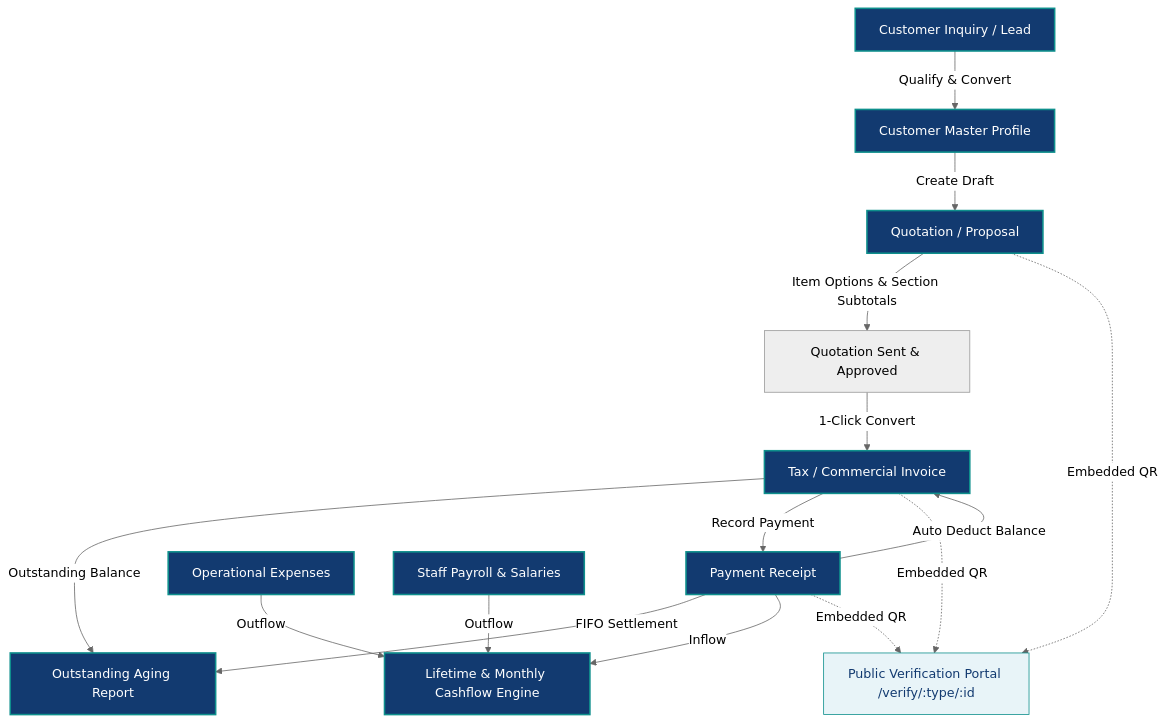
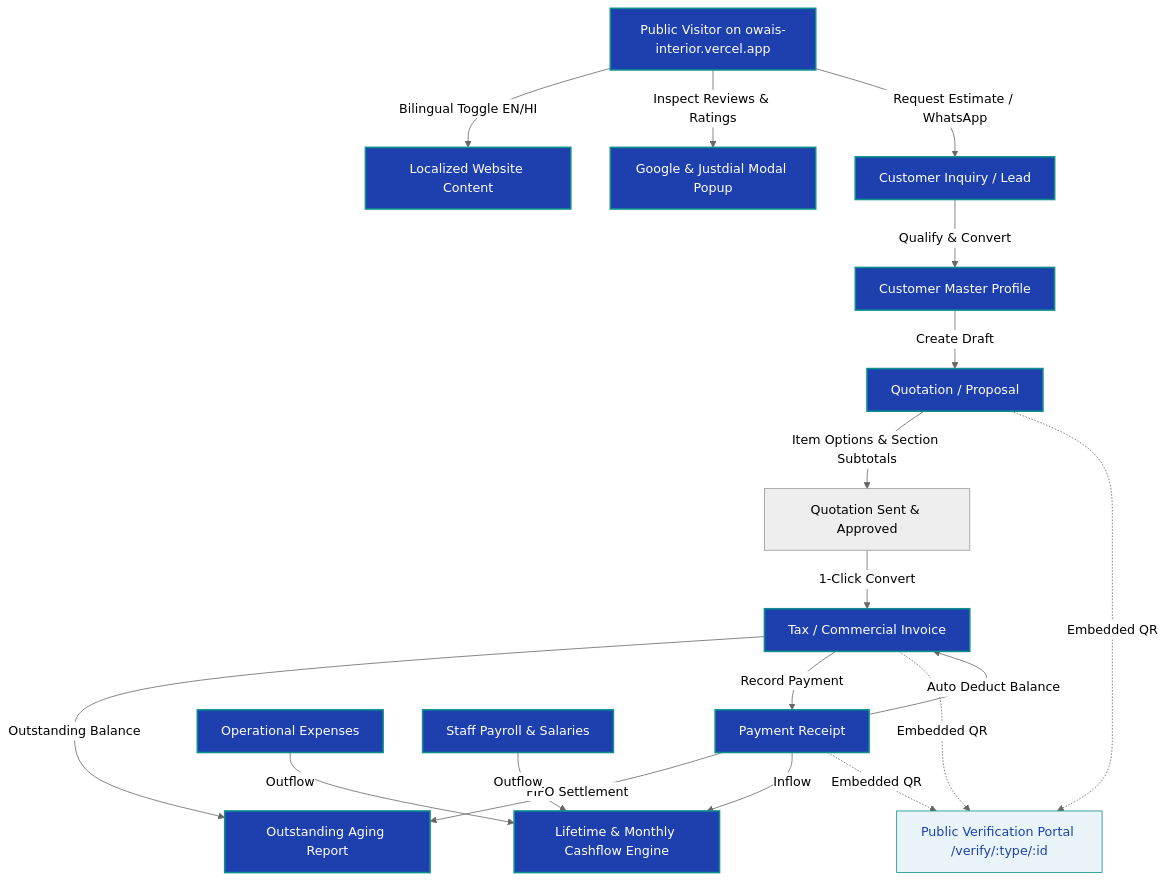
One commit to aiuseonly214-droid/Owaisdesignernashik changed the second of 3 diagrams in README.md. Above: the diagram before and after it, drawn with Mermaid (neutral theme). The commit also changed other lines of this file and 1 other file, not shown here.

Commit message:
docs: update README.md and prd.md with bilingual toggle, responsive layout, and customer rating modal specs

````diff
--- a/README.md
+++ b/README.md
@@ -71,33 +95,38 @@
 ```mermaid
 flowchart TD
-    %% Lead Generation
-    INQ[Customer Inquiry / Lead] -->|Qualify & Convert| CUST[Customer Master Profile]
+    %% Public Discovery
+    PUB[Public Visitor on owais-interior.vercel.app] -->|Bilingual Toggle EN/HI| LANG[Localized Website Content]
+    PUB -->|Inspect Reviews & Ratings| REV[Google & Justdial Modal Popup]
+    PUB -->|Request Estimate / WhatsApp| INQ[Customer Inquiry / Lead]
+    
+    %% Lead Conversion
+    INQ -->|Qualify & Convert| CUST[Customer Master Profile]
     
     %% Document Lifecycle
     CUST -->|Create Draft| QT[Quotation / Proposal]
     QT -->|Item Options & Section Subtotals| QT_APP[Quotation Sent & Approved]
     QT_APP -->|1-Click Convert| INV[Tax / Commercial Invoice]
     
     %% Payment & Settlement
     INV -->|Outstanding Balance| OUT[Outstanding Aging Report]
     INV -->|Record Payment| RCPT[Payment Receipt]
     RCPT -->|Auto Deduct Balance| INV
     RCPT -->|FIFO Settlement| OUT
     
     %% Cashflow
     RCPT -->|Inflow| CASH[Lifetime & Monthly Cashflow Engine]
     
     %% Operational Expenses
     EXP[Operational Expenses] -->|Outflow| CASH
     PAY[Staff Payroll & Salaries] -->|Outflow| CASH
     
     %% Digital Verification
     QT -.->|Embedded QR| QR_VERIFY[Public Verification Portal /verify/:type/:id]
     INV -.->|Embedded QR| QR_VERIFY
     RCPT -.->|Embedded QR| QR_VERIFY
     
-    classDef highlight fill:#123A70,stroke:#0E8F8C,stroke-width:2px,color:#fff;
-    classDef flow fill:#e8f4f8,stroke:#0E8F8C,stroke-width:1px,color:#123A70;
-    class INQ,CUST,QT,INV,RCPT,OUT,CASH,EXP,PAY highlight;
+    classDef highlight fill:#1E40AF,stroke:#0E8F8C,stroke-width:2px,color:#fff;
+    classDef flow fill:#e8f4f8,stroke:#0E8F8C,stroke-width:1px,color:#1E40AF;
+    class PUB,LANG,REV,INQ,CUST,QT,INV,RCPT,OUT,CASH,EXP,PAY highlight;
     class QR_VERIFY flow;
 ```
````
